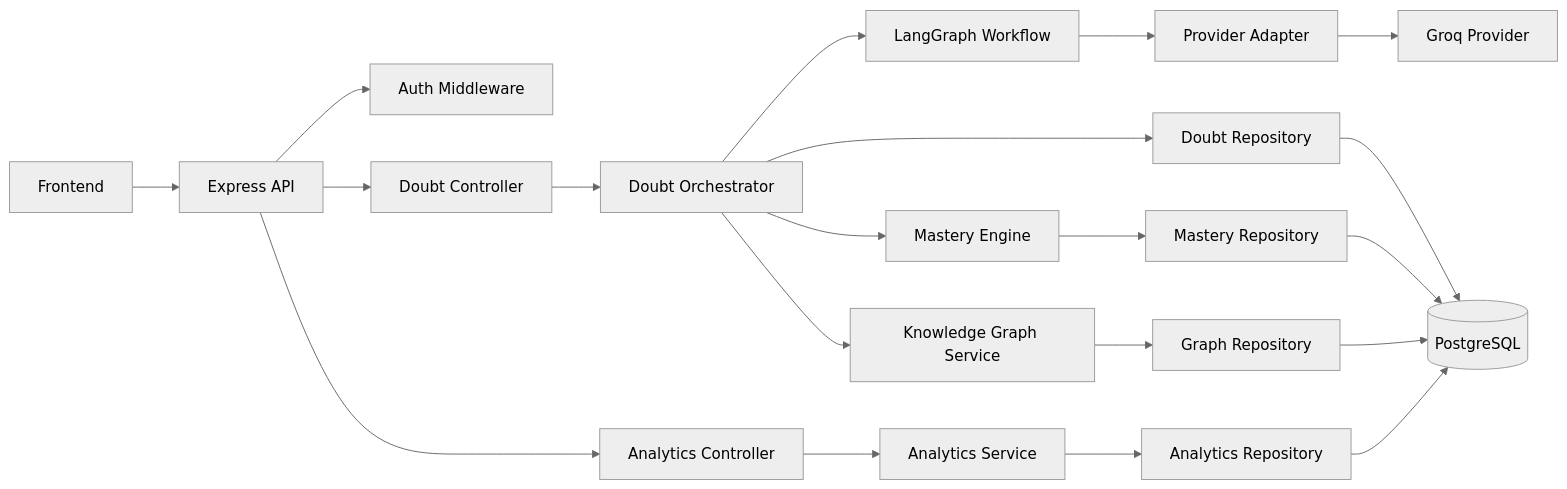
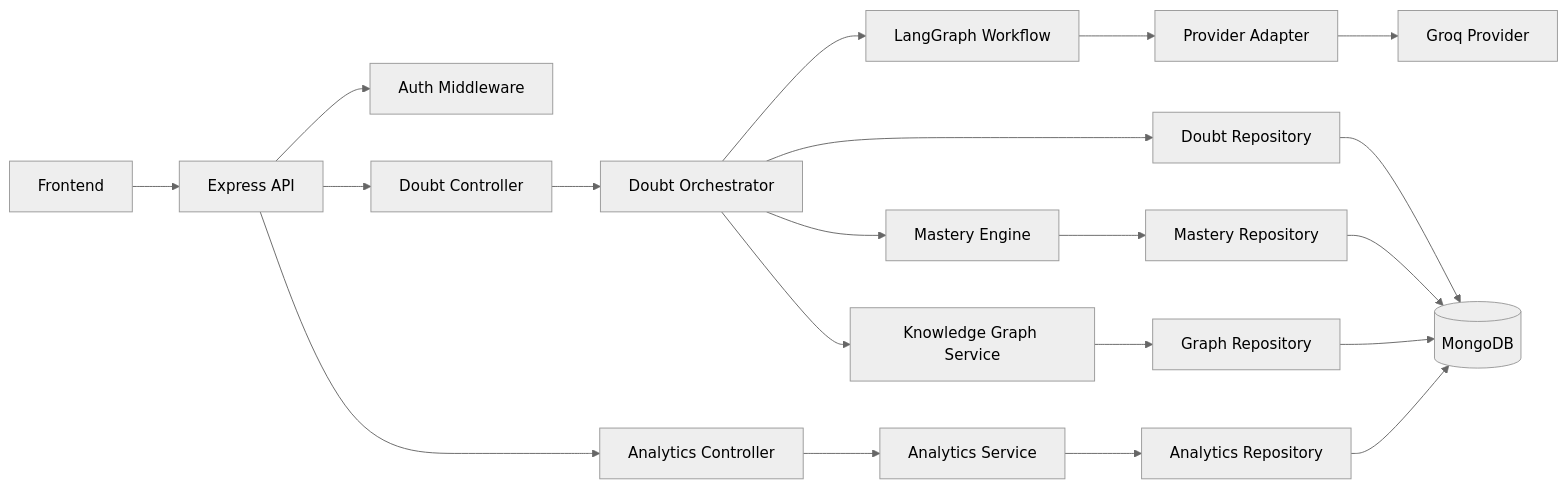
Before and after one commit to Jubed437/AI-Powered-Personalized-Doubt-Solving-Concept-Gap-Detector-for-Classrooms: the sixth of 8 diagrams in KNOWRA_PROJECT_BLUEPRINT.md, drawn with Mermaid (neutral theme). The commit also changed other lines of this file and 29 other files, not shown here.

````diff
--- a/KNOWRA_PROJECT_BLUEPRINT.md
+++ b/KNOWRA_PROJECT_BLUEPRINT.md
@@ -382,22 +382,22 @@
 ```mermaid
 graph LR
     FE[Frontend] --> API[Express API]
     API --> AuthMW[Auth Middleware]
     API --> DC[Doubt Controller]
     API --> AC[Analytics Controller]
     DC --> DO[Doubt Orchestrator]
     DO --> LG[LangGraph Workflow]
     LG --> AIS[Provider Adapter]
     AIS --> GP[Groq Provider]
     DO --> KGS[Knowledge Graph Service]
     DO --> ME[Mastery Engine]
     DO --> DR[Doubt Repository]
     ME --> MR[Mastery Repository]
     KGS --> GR[Graph Repository]
     AC --> AnS[Analytics Service]
     AnS --> AR[Analytics Repository]
-    DR --> PG[(PostgreSQL)]
-    MR --> PG
-    GR --> PG
-    AR --> PG
+    DR --> MDB[(MongoDB)]
+    MR --> MDB
+    GR --> MDB
+    AR --> MDB
 ```
````
